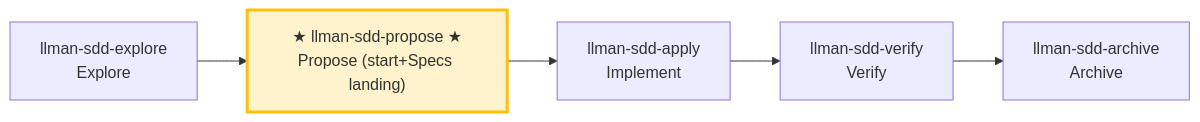
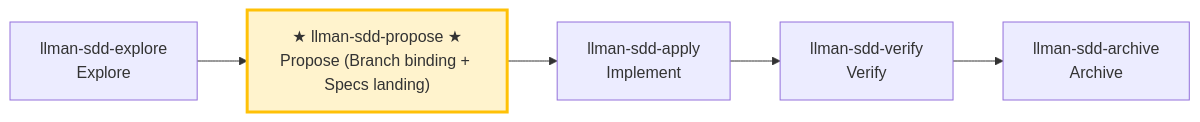
One commit to StrayDragon/llman changed the diagram in templates/sdd/en/skills/llman-sdd-propose.md. Above: the diagram before and after it, drawn with Mermaid. The commit also changed other lines of this file and 48 other files, not shown here.

````diff
--- a/templates/sdd/en/skills/llman-sdd-propose.md
+++ b/templates/sdd/en/skills/llman-sdd-propose.md
@@ -21,10 +21,10 @@
 ```mermaid
 flowchart LR
     explore["llman-sdd-explore<br/>Explore"] --> propose
-    propose["★ llman-sdd-propose ★<br/>Propose (start+Specs landing)"]
+    propose["★ llman-sdd-propose ★<br/>Propose (Branch binding + Specs landing)"]
     propose --> apply["llman-sdd-apply<br/>Implement"]
     apply --> verify["llman-sdd-verify<br/>Verify"]
     verify --> archive["llman-sdd-archive<br/>Archive"]
 
     style propose fill:#fff3cd,stroke:#ffc107,stroke-width:3px
 ```
````
